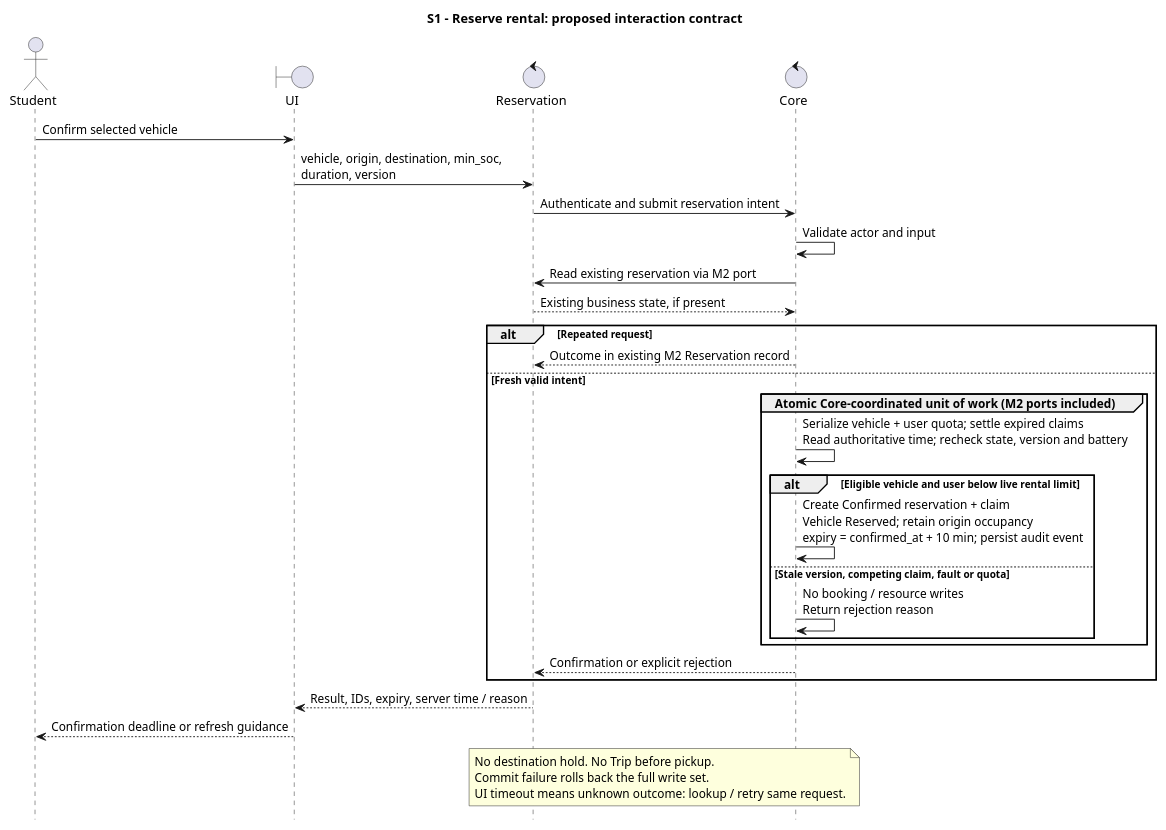
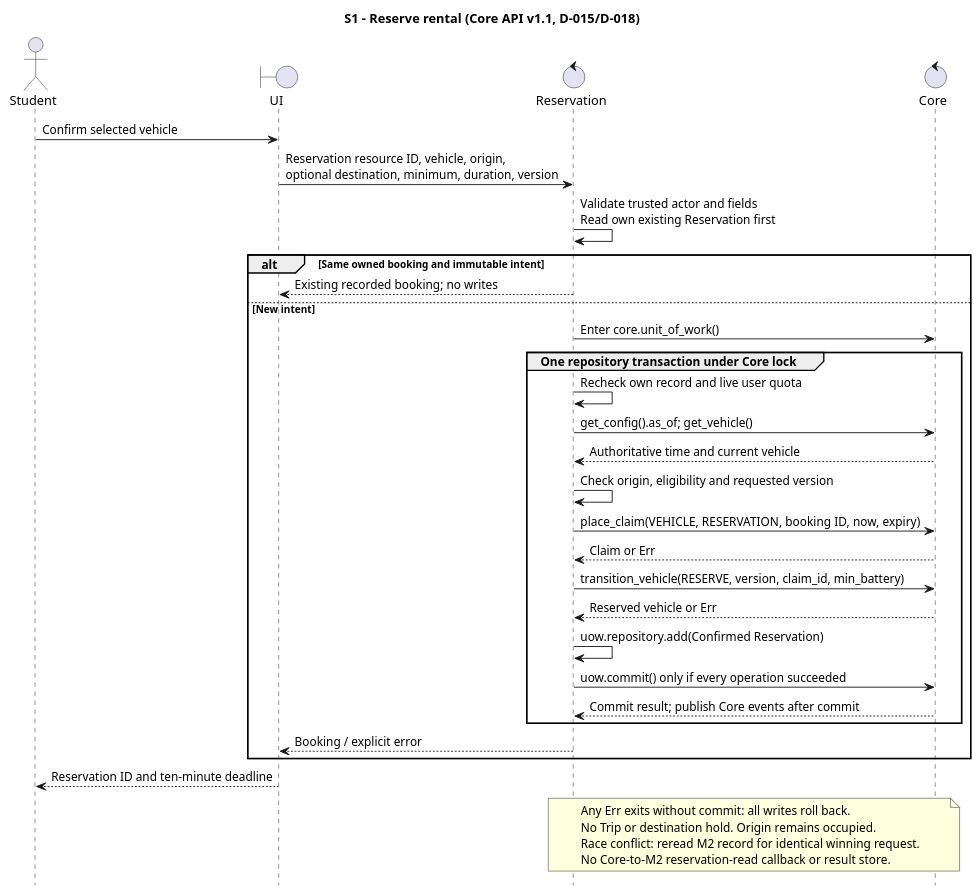
One commit to MabC06/smart-e-mobility-hub changed the diagram in docs/design/behavioral/reservation-diagrams/s1-reserve.puml. Above: the diagram before and after it, drawn with PlantUML. The commit also changed 12 other files, not shown here.

Commit message:
docs(reservation): align design with released Core contracts (FR-03, FR-04)

```diff
--- a/docs/design/behavioral/reservation-diagrams/s1-reserve.puml
+++ b/docs/design/behavioral/reservation-diagrams/s1-reserve.puml
@@ -1,36 +1,39 @@
 @startuml
-title S1 - Reserve rental: proposed interaction contract
 skinparam shadowing false
 skinparam defaultFontName Arial
 hide footbox
 actor Student
 boundary UI
 control Reservation
 control Core
+title S1 - Reserve rental (Core API v1.1, D-015/D-018)
 Student -> UI: Confirm selected vehicle
-UI -> Reservation: vehicle, origin, destination, min_soc,\nduration, version
-Reservation -> Core: Authenticate and submit reservation intent
-Core -> Core: Validate actor and input
-Core -> Reservation: Read existing reservation via M2 port
-Reservation --> Core: Existing business state, if present
-alt Repeated request
-  Core --> Reservation: Outcome in existing M2 Reservation record
-else Fresh valid intent
-  group Atomic Core-coordinated unit of work (M2 ports included)
-    Core -> Core: Serialize vehicle + user quota; settle expired claims\nRead authoritative time; recheck state, version and battery
-    alt Eligible vehicle and user below live rental limit
-      Core -> Core: Create Confirmed reservation + claim\nVehicle Reserved; retain origin occupancy\nexpiry = confirmed_at + 10 min; persist audit event
-    else Stale version, competing claim, fault or quota
-      Core -> Core: No booking / resource writes\nReturn rejection reason
-    end
+UI -> Reservation: Reservation resource ID, vehicle, origin,\noptional destination, minimum, duration, version
+Reservation -> Reservation: Validate trusted actor and fields\nRead own existing Reservation first
+alt Same owned booking and immutable intent
+  Reservation --> UI: Existing recorded booking; no writes
+else New intent
+  Reservation -> Core: Enter core.unit_of_work()
+  group One repository transaction under Core lock
+    Reservation -> Reservation: Recheck own record and live user quota
+    Reservation -> Core: get_config().as_of; get_vehicle()
+    Core --> Reservation: Authoritative time and current vehicle
+    Reservation -> Reservation: Check origin, eligibility and requested version
+    Reservation -> Core: place_claim(VEHICLE, RESERVATION, booking ID, now, expiry)
+    Core --> Reservation: Claim or Err
+    Reservation -> Core: transition_vehicle(RESERVE, version, claim_id, min_battery)
+    Core --> Reservation: Reserved vehicle or Err
+    Reservation -> Reservation: uow.repository.add(Confirmed Reservation)
+    Reservation -> Core: uow.commit() only if every operation succeeded
+    Core --> Reservation: Commit result; publish Core events after commit
   end
-  Core --> Reservation: Confirmation or explicit rejection
+  Reservation --> UI: Booking / explicit error
 end
-Reservation --> UI: Result, IDs, expiry, server time / reason
-UI --> Student: Confirmation deadline or refresh guidance
+UI --> Student: Reservation ID and ten-minute deadline
 note over Reservation,Core
-  No destination hold. No Trip before pickup.
-  Commit failure rolls back the full write set.
-  UI timeout means unknown outcome: lookup / retry same request.
+  Any Err exits without commit: all writes roll back.
+  No Trip or destination hold. Origin remains occupied.
+  Race conflict: reread M2 record for identical winning request.
+  No Core-to-M2 reservation-read callback or result store.
 end note
 @enduml
```
